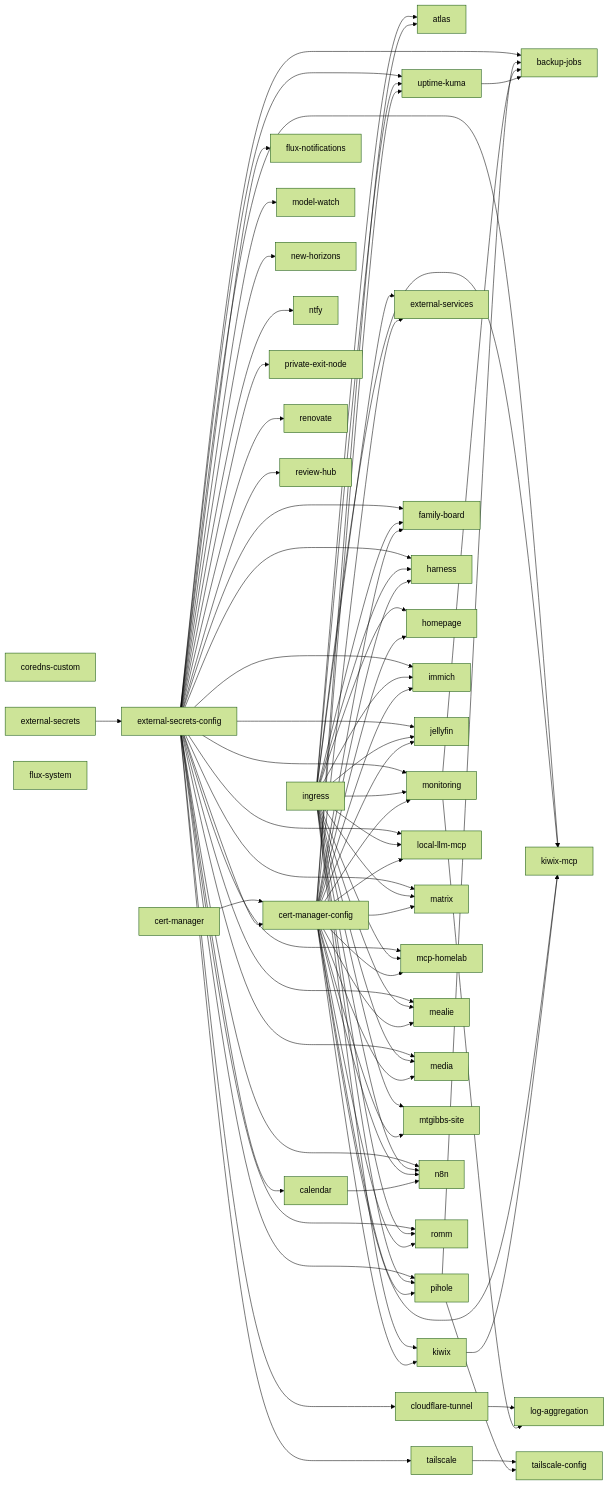
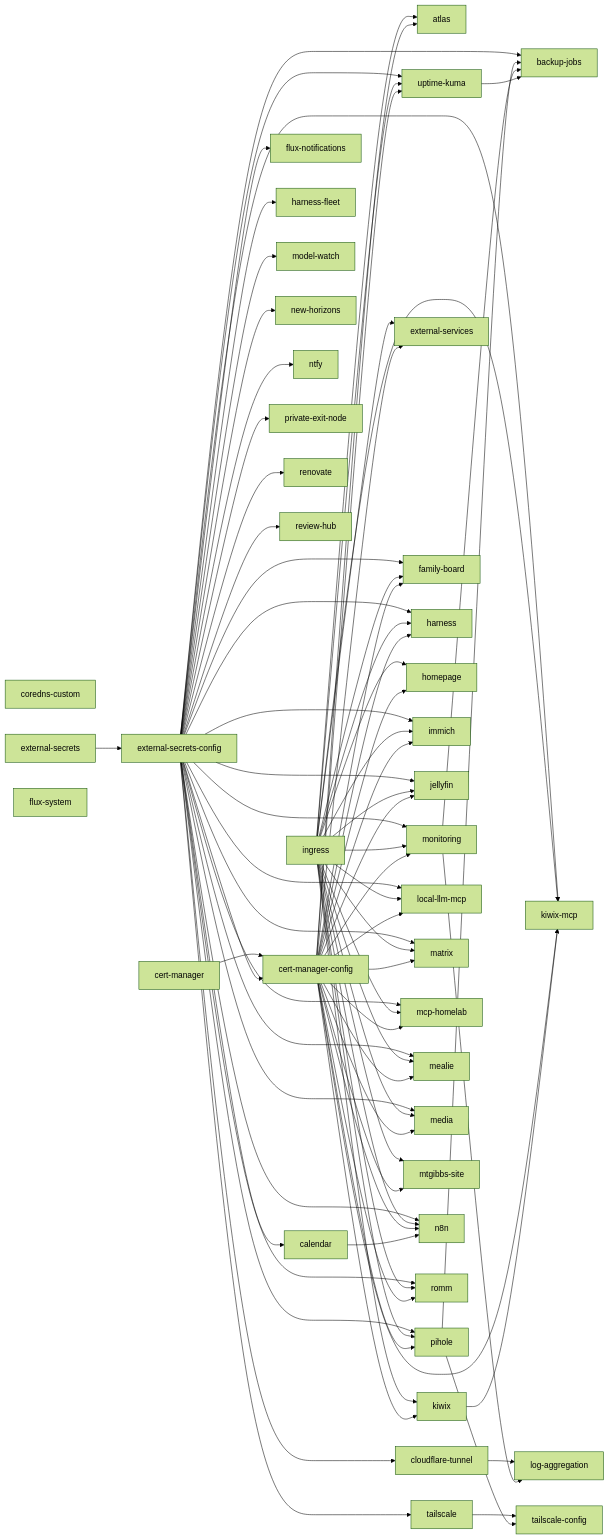
Before and after one commit to mtgibbs/pi-cluster: the diagram in docs/domain-map.md, drawn with Mermaid (forest theme). The commit also changed other lines of this file and 2 other files, not shown here.

Commit message:
feat(harness-fleet): register the fleet namespace with Flux (#214)

```diff
--- a/docs/domain-map.md
+++ b/docs/domain-map.md
@@ -83,6 +83,8 @@
   k1unc8vb --> k6vrex
   kkuvy6m --> k6vrex
   k19g0j44 --> k6vrex
+  kzud5vu["harness-fleet"]
+  k1unc8vb --> kzud5vu
   k1uuov05["homepage"]
   kkuvy6m --> k1uuov05
   k19g0j44 --> k1uuov05
```
